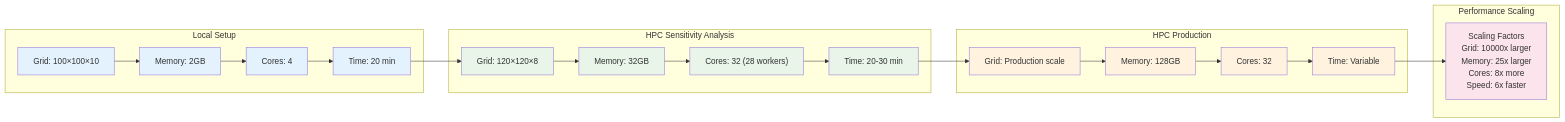
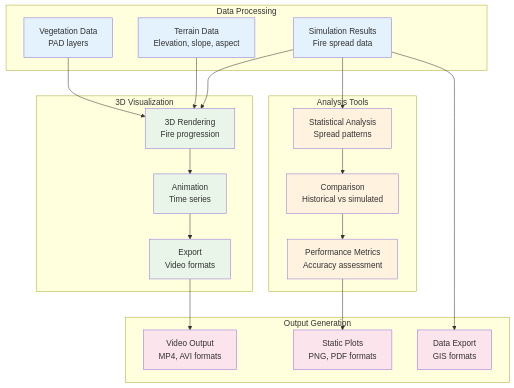
One commit to AndreasPaphitis/Forest-Fire-Simulation changed diagram 14 of 19 in docs/COMPREHENSIVE_FOREST_FIRE_SIMULATION_WORKFLOW.md. Above: the diagram before and after it, drawn with Mermaid. The commit also changed other lines of this file and 13 other files, not shown here.

Commit message:
Fix verbose output and update documentation for Day 4 fire area calibration

````diff
--- a/docs/COMPREHENSIVE_FOREST_FIRE_SIMULATION_WORKFLOW.md
+++ b/docs/COMPREHENSIVE_FOREST_FIRE_SIMULATION_WORKFLOW.md
@@ -841,45 +971,53 @@
 ```mermaid
-graph LR
-    subgraph "Local Setup"
-        S1["Grid: 100×100×10"]
-        S2["Memory: 2GB"]
-        S3["Cores: 4"]
-        S4["Time: 20 min"]
-        S1 --> S2 --> S3 --> S4
+flowchart TD
+    subgraph "Data Processing"
+        SIM["Simulation Results<br/>Fire spread data"]
+        TERRAIN["Terrain Data<br/>Elevation, slope, aspect"]
+        VEG["Vegetation Data<br/>PAD layers"]
     end
     
-    subgraph "HPC Sensitivity Analysis"
-        H1["Grid: 120×120×8"]
-        H2["Memory: 32GB"]
-        H3["Cores: 32 (28 workers)"]
-        H4["Time: 20-30 min"]
-        H1 --> H2 --> H3 --> H4
+    subgraph "3D Visualization"
+        RENDER["3D Rendering<br/>Fire progression"]
+        ANIMATE["Animation<br/>Time series"]
+        EXPORT["Export<br/>Video formats"]
     end
     
-    subgraph "HPC Production"
-        P1["Grid: Production scale"]
-        P2["Memory: 128GB"]
-        P3["Cores: 32"]
-        P4["Time: Variable"]
-        P1 --> P2 --> P3 --> P4
+    subgraph "Analysis Tools"
+        STATS["Statistical Analysis<br/>Spread patterns"]
+        COMPARE["Comparison<br/>Historical vs simulated"]
+        METRICS["Performance Metrics<br/>Accuracy assessment"]
     end
     
-    subgraph "Performance Scaling"
-        SCALE["Scaling Factors<br/>Grid: 10000x larger<br/>Memory: 25x larger<br/>Cores: 8x more<br/>Speed: 6x faster"]
+    subgraph "Output Generation"
+        VIDEO["Video Output<br/>MP4, AVI formats"]
+        PLOTS["Static Plots<br/>PNG, PDF formats"]
+        DATA["Data Export<br/>GIS formats"]
     end
     
-    S4 --> H1
-    H4 --> P1
-    P4 --> SCALE
+    %% Process flow
+    SIM --> RENDER
+    TERRAIN --> RENDER
+    VEG --> RENDER
+    
+    RENDER --> ANIMATE
+    ANIMATE --> EXPORT
+    
+    SIM --> STATS
+    STATS --> COMPARE
+    COMPARE --> METRICS
+    
+    EXPORT --> VIDEO
+    METRICS --> PLOTS
+    SIM --> DATA
     
     %% Styling
-    classDef standard fill:#e3f2fd
-    classDef hpc fill:#e8f5e8
-    classDef production fill:#fff3e0
-    classDef scaling fill:#fce4ec
+    classDef input fill:#e3f2fd
+    classDef process fill:#e8f5e8
+    classDef analysis fill:#fff3e0
+    classDef output fill:#fce4ec
     
-    class S1,S2,S3,S4 standard
-    class H1,H2,H3,H4 hpc
-    class P1,P2,P3,P4 production
-    class SCALE scaling
+    class SIM,TERRAIN,VEG input
+    class RENDER,ANIMATE,EXPORT process
+    class STATS,COMPARE,METRICS analysis
+    class VIDEO,PLOTS,DATA output
 ```
````
